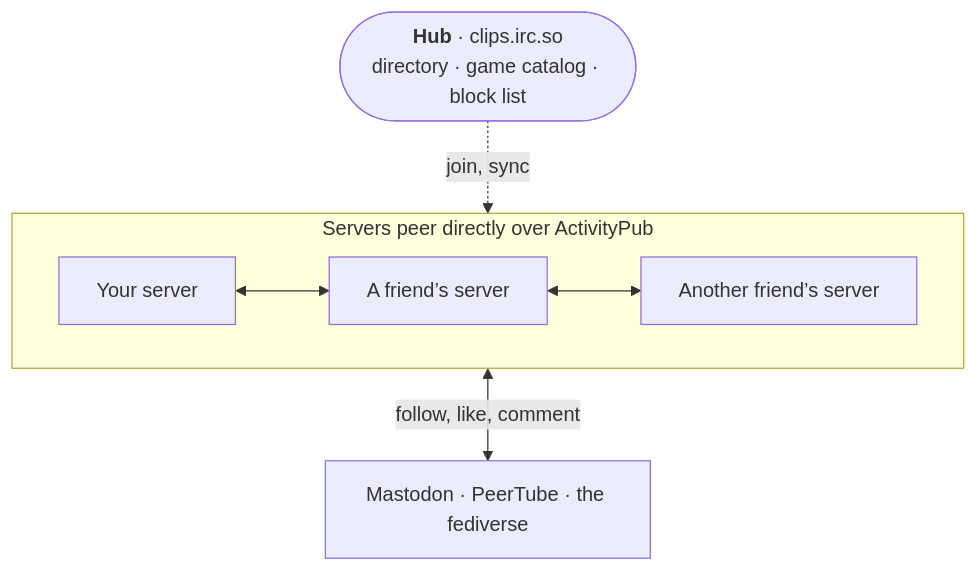
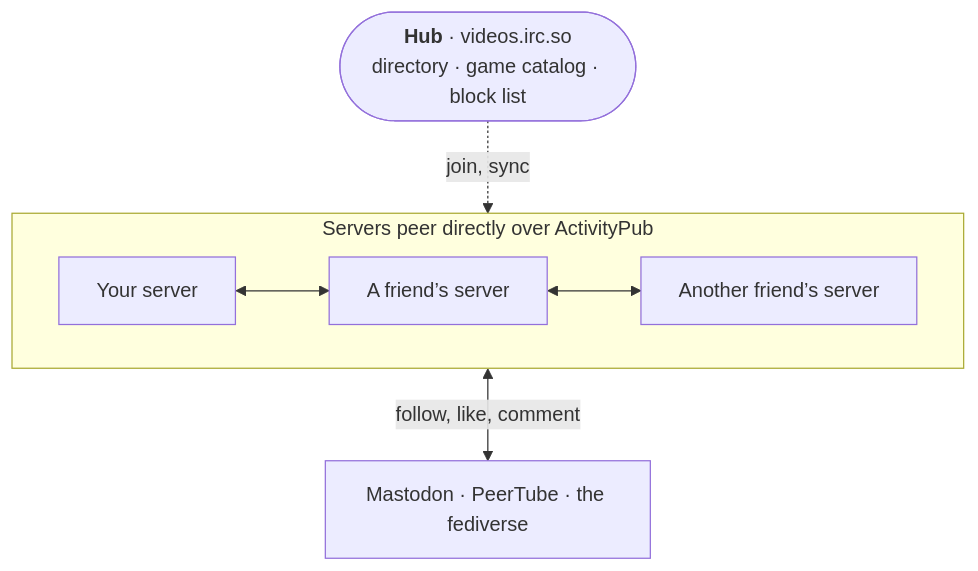
Before and after one commit to JawshTheDark/cliptube: the diagram in README.md, drawn with Mermaid. The commit also changed other lines of this file, not shown here.

````diff
--- a/README.md
+++ b/README.md
@@ -186,12 +186,12 @@
 ```mermaid
 flowchart TB
-    hub(["<b>Hub</b> · clips.irc.so<br/>directory · game catalog · block list"])
+    hub(["<b>Hub</b> · videos.irc.so<br/>directory · game catalog · block list"])
     subgraph net ["Servers peer directly over ActivityPub"]
         direction LR
         you["Your server"] <--> f1["A friend’s server"] <--> f2["Another friend’s server"]
     end
     fedi["Mastodon · PeerTube · the fediverse"]
 
     hub -.->|join, sync| net
     net <-->|follow, like, comment| fedi
 ```
````
